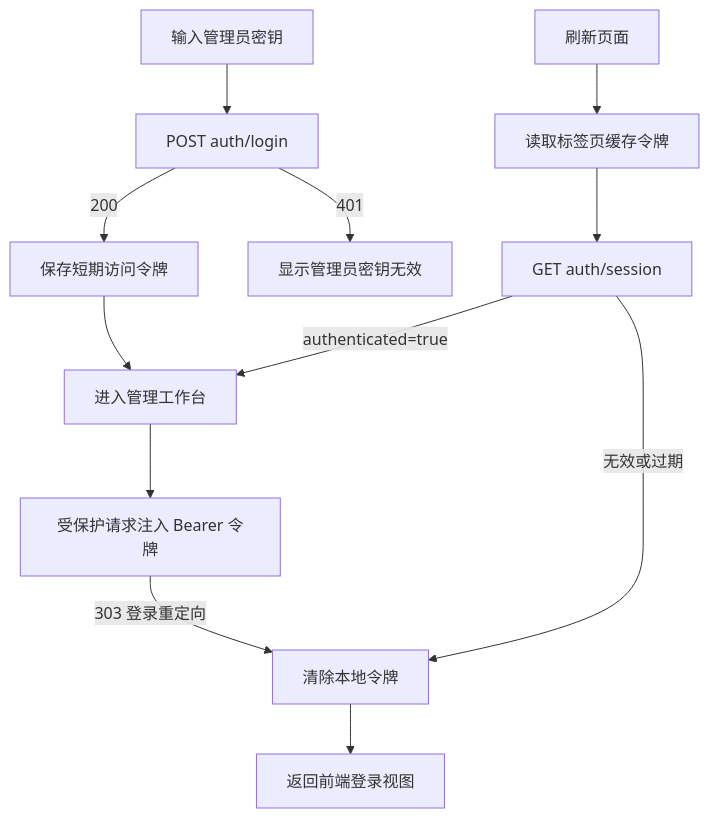
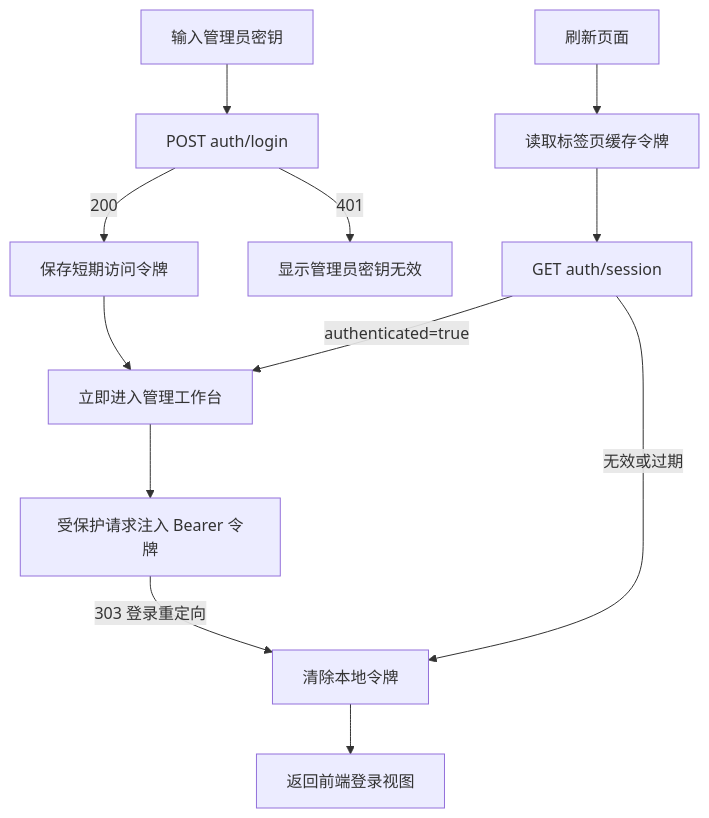
Before and after one commit to caicai-6666/flame-sport-pheno-manage-fe: the diagram in description/features/admin-authentication.md, drawn with Mermaid. The commit also changed other lines of this file and 38 other files, not shown here.

````diff
--- a/description/features/admin-authentication.md
+++ b/description/features/admin-authentication.md
@@ -16,14 +16,14 @@
 ```mermaid
 flowchart TD
   A[输入管理员密钥] --> B[POST auth/login]
   B -->|200| C[保存短期访问令牌]
   B -->|401| D[显示管理员密钥无效]
-  C --> E[进入管理工作台]
+  C --> E[立即进入管理工作台]
   E --> F[受保护请求注入 Bearer 令牌]
   F -->|303 登录重定向| G[清除本地令牌]
   G --> H[返回前端登录视图]
   I[刷新页面] --> J[读取标签页缓存令牌]
   J --> K[GET auth/session]
   K -->|authenticated=true| E
   K -->|无效或过期| G
 ```
````
